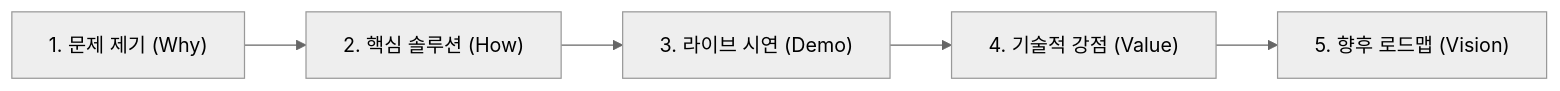
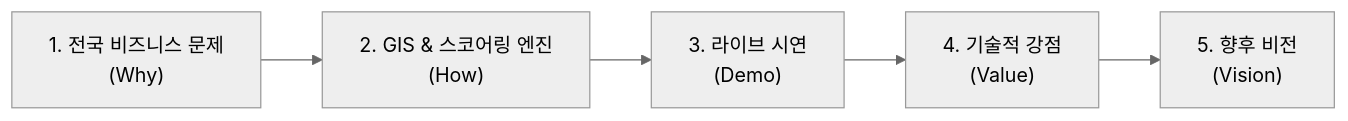
One commit to jay-jay-jay/pangyo-team-dinner-recommender changed the diagram in README.md. Above: the diagram before and after it, drawn with Mermaid (neutral theme). The commit also changed other lines of this file and 5 other files, not shown here.

````diff
--- a/README.md
+++ b/README.md
@@ -104,7 +91,7 @@
 ```mermaid
 flowchart LR
-    A["1. 문제 제기 (Why)"] --> B["2. 핵심 솔루션 (How)"]
-    B --> C["3. 라이브 시연 (Demo)"]
-    C --> D["4. 기술적 강점 (Value)"]
-    D --> E["5. 향후 로드맵 (Vision)"]
+    A["1. 전국 비즈니스 문제\n(Why)"] --> B["2. GIS & 스코어링 엔진\n(How)"]
+    B --> C["3. 라이브 시연\n(Demo)"]
+    C --> D["4. 기술적 강점\n(Value)"]
+    D --> E["5. 향후 비전\n(Vision)"]
 ```
````
